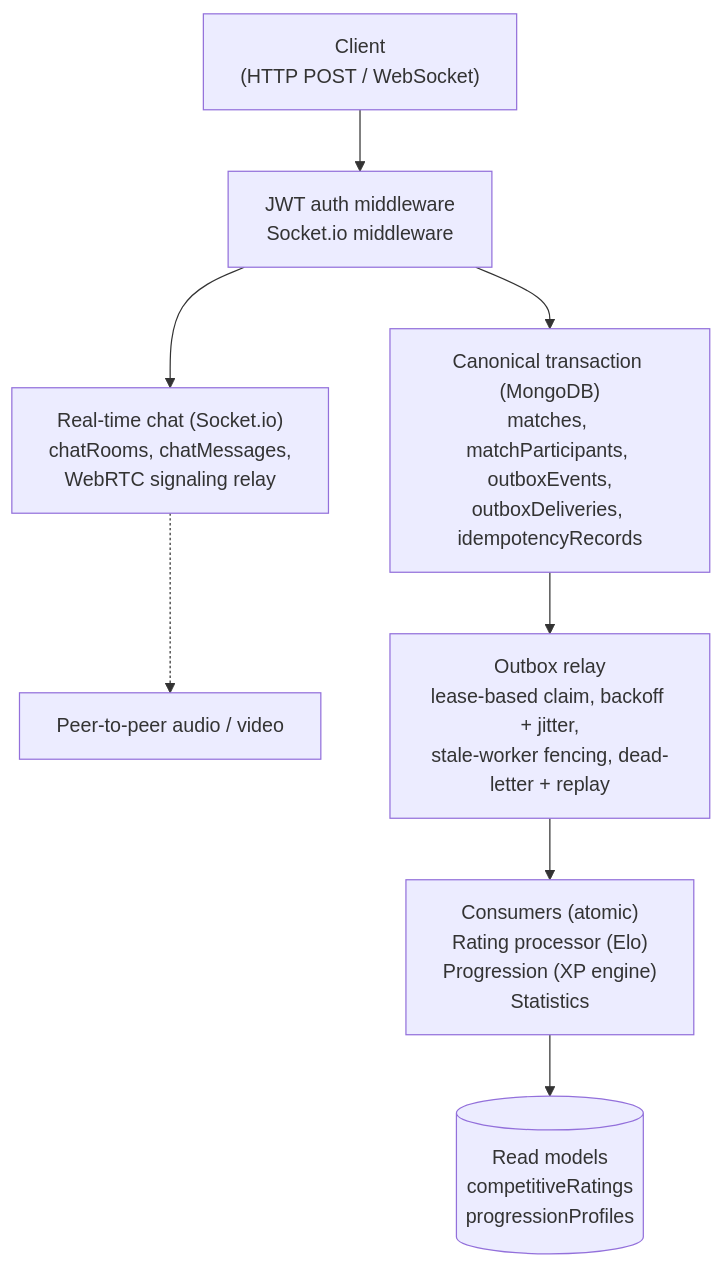
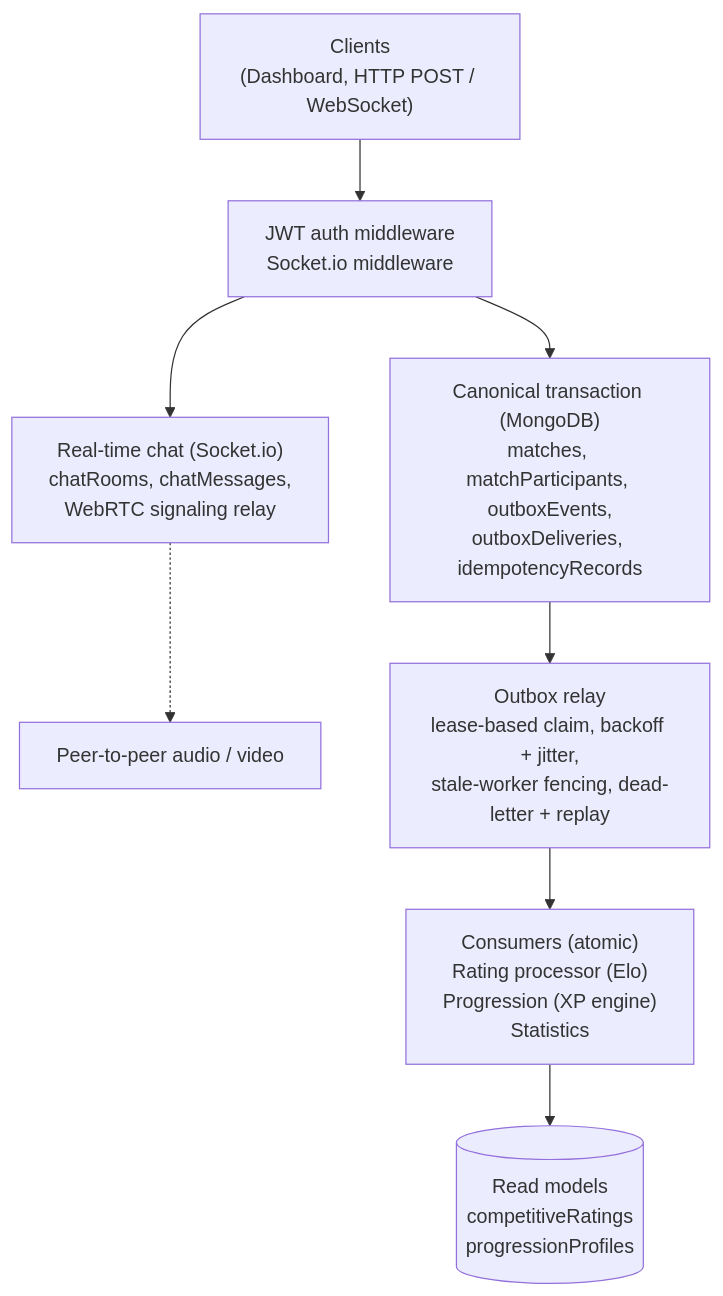
One commit to shaurya-10000/fps-game-database changed the diagram in README.md. Above: the diagram before and after it, drawn with Mermaid. The commit also changed other lines of this file, not shown here.

Commit message:
docs: add web dashboard and group chat API, show tech stack as badges

````diff
--- a/README.md
+++ b/README.md
@@ -74,13 +124,13 @@
 ```mermaid
 flowchart TD
-    C["Client<br/>(HTTP POST / WebSocket)"] --> A["JWT auth middleware<br/>Socket.io middleware"]
+    C["Clients<br/>(Dashboard, HTTP POST / WebSocket)"] --> A["JWT auth middleware<br/>Socket.io middleware"]
 
     A --> T["Canonical transaction (MongoDB)<br/>matches, matchParticipants, outboxEvents,<br/>outboxDeliveries, idempotencyRecords"]
     A --> R["Real-time chat (Socket.io)<br/>chatRooms, chatMessages,<br/>WebRTC signaling relay"]
 
     R -.-> P2P["Peer-to-peer audio / video"]
 
     T --> O["Outbox relay<br/>lease-based claim, backoff + jitter,<br/>stale-worker fencing, dead-letter + replay"]
     O --> RP["Consumers (atomic)<br/>Rating processor (Elo)<br/>Progression (XP engine)<br/>Statistics"]
     RP --> V[("Read models<br/>competitiveRatings<br/>progressionProfiles")]
 ```
````
